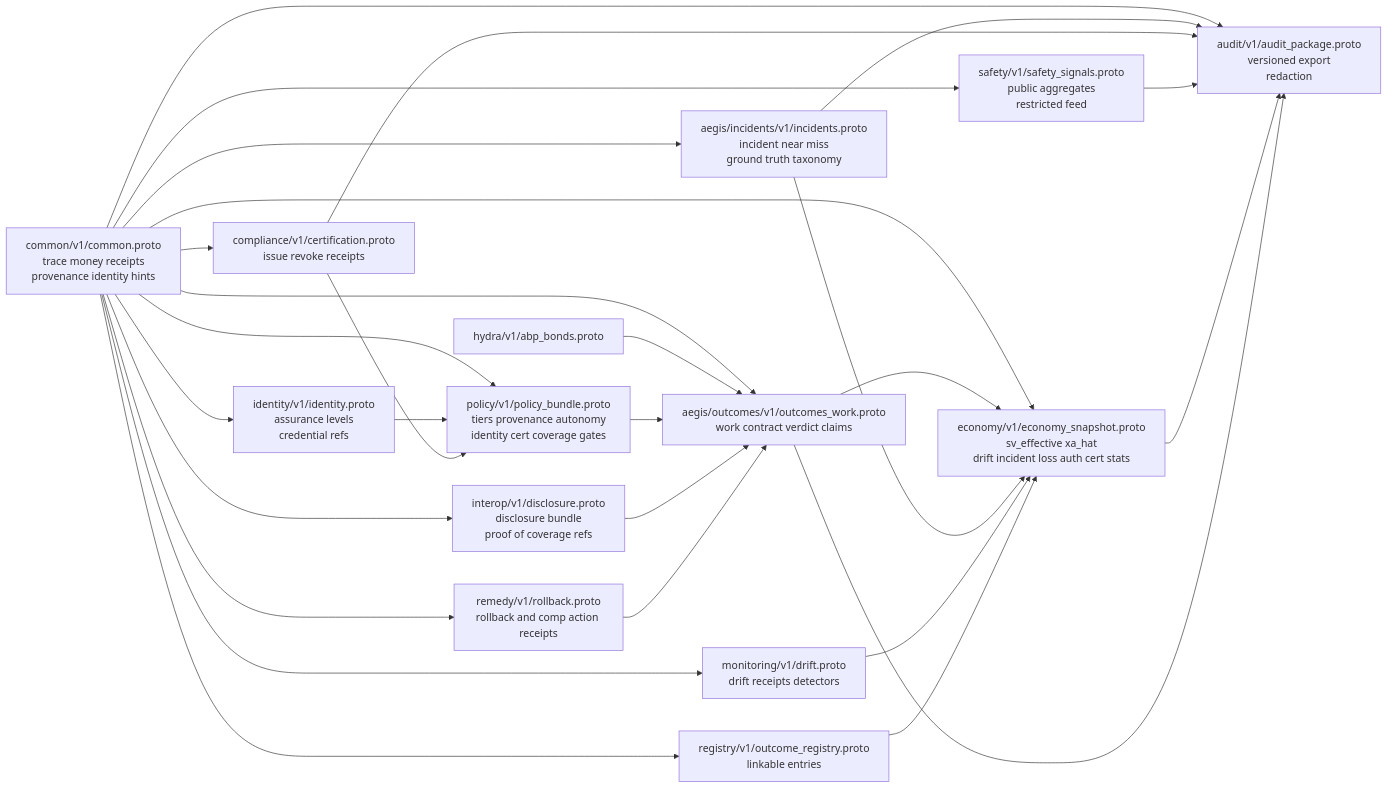
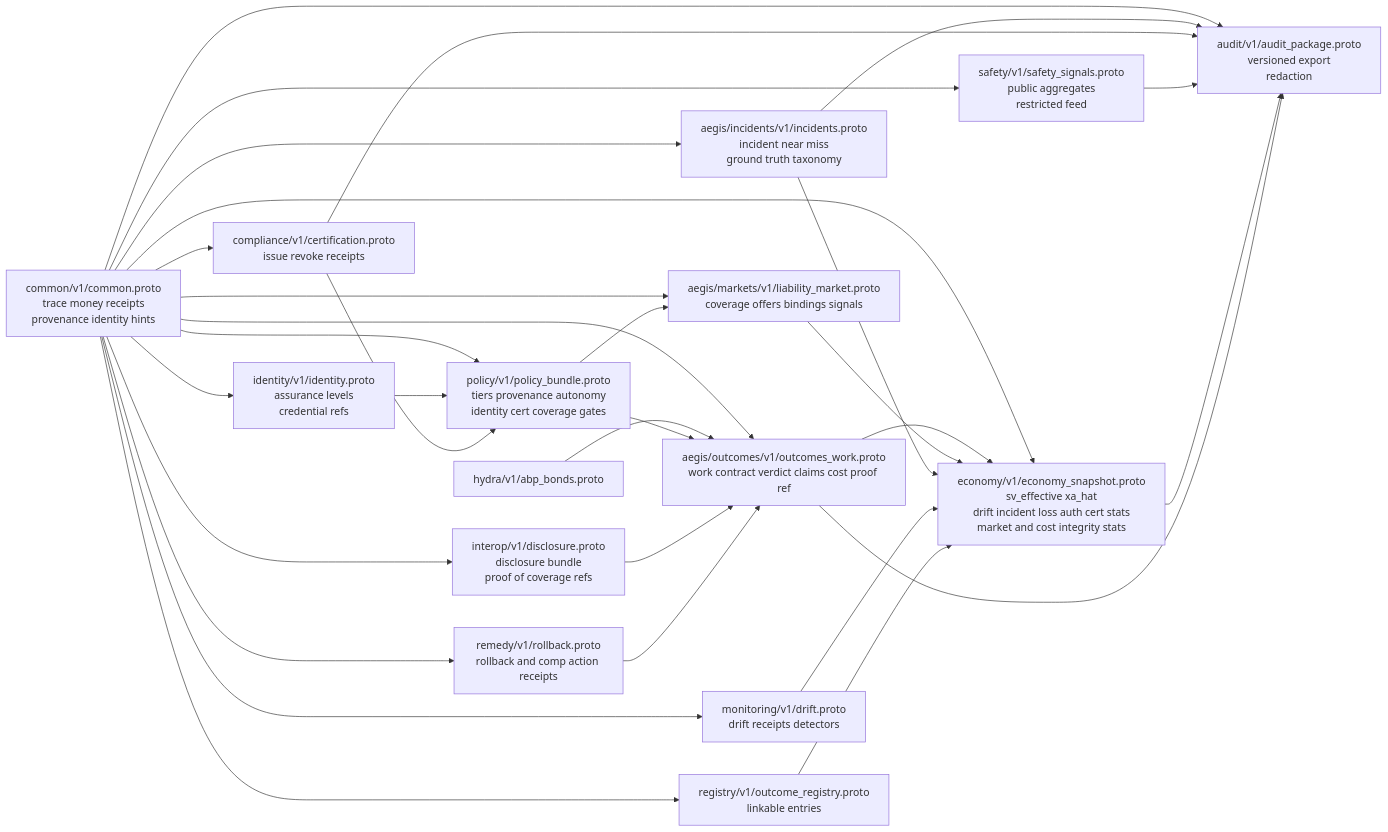
The seventh of 8 diagrams in docs/plans/diagram.md (OpenAgentsInc/openagents), drawn with Mermaid before and after one commit. The commit also changed other lines of this file and 2 other files, not shown here.

Commit message:
docs: extend economy kernel markets and cost integrity specs

````diff
--- a/docs/plans/diagram.md
+++ b/docs/plans/diagram.md
@@ -513,48 +568,52 @@
 ```mermaid
 flowchart LR
   COMMON[common/v1/common.proto<br/>trace money receipts<br/>provenance identity hints]
-  OUT[aegis/outcomes/v1/outcomes_work.proto<br/>work contract verdict claims]
+  OUT[aegis/outcomes/v1/outcomes_work.proto<br/>work contract verdict claims cost proof ref]
+  MKT[aegis/markets/v1/liability_market.proto<br/>coverage offers bindings signals]
   INC[aegis/incidents/v1/incidents.proto<br/>incident near miss<br/>ground truth taxonomy]
   POL[policy/v1/policy_bundle.proto<br/>tiers provenance autonomy<br/>identity cert coverage gates]
-  SNAP[economy/v1/economy_snapshot.proto<br/>sv_effective xa_hat<br/>drift incident loss auth cert stats]
+  SNAP[economy/v1/economy_snapshot.proto<br/>sv_effective xa_hat<br/>drift incident loss auth cert stats<br/>market and cost integrity stats]
   HYDRA[hydra/v1/abp_bonds.proto]
 
   ID[identity/v1/identity.proto<br/>assurance levels<br/>credential refs]
   CERT[compliance/v1/certification.proto<br/>issue revoke receipts]
   SAFE[safety/v1/safety_signals.proto<br/>public aggregates<br/>restricted feed]
   AUD[audit/v1/audit_package.proto<br/>versioned export<br/>redaction]
   REG[registry/v1/outcome_registry.proto<br/>linkable entries]
   MON[monitoring/v1/drift.proto<br/>drift receipts detectors]
   DISC[interop/v1/disclosure.proto<br/>disclosure bundle<br/>proof of coverage refs]
   RBK[remedy/v1/rollback.proto<br/>rollback and comp action receipts]
 
   COMMON --> OUT
+  COMMON --> MKT
   COMMON --> INC
   COMMON --> POL
   COMMON --> SNAP
   COMMON --> ID
   COMMON --> CERT
   COMMON --> SAFE
   COMMON --> AUD
   COMMON --> REG
   COMMON --> MON
   COMMON --> DISC
   COMMON --> RBK
 
   HYDRA --> OUT
   POL --> OUT
+  POL --> MKT
   OUT --> SNAP
+  MKT --> SNAP
   INC --> SNAP
   MON --> SNAP
   REG --> SNAP
 
   INC --> AUD
   CERT --> AUD
   SAFE --> AUD
   SNAP --> AUD
   OUT --> AUD
   DISC --> OUT
   ID --> POL
   CERT --> POL
   RBK --> OUT
 ```
````
